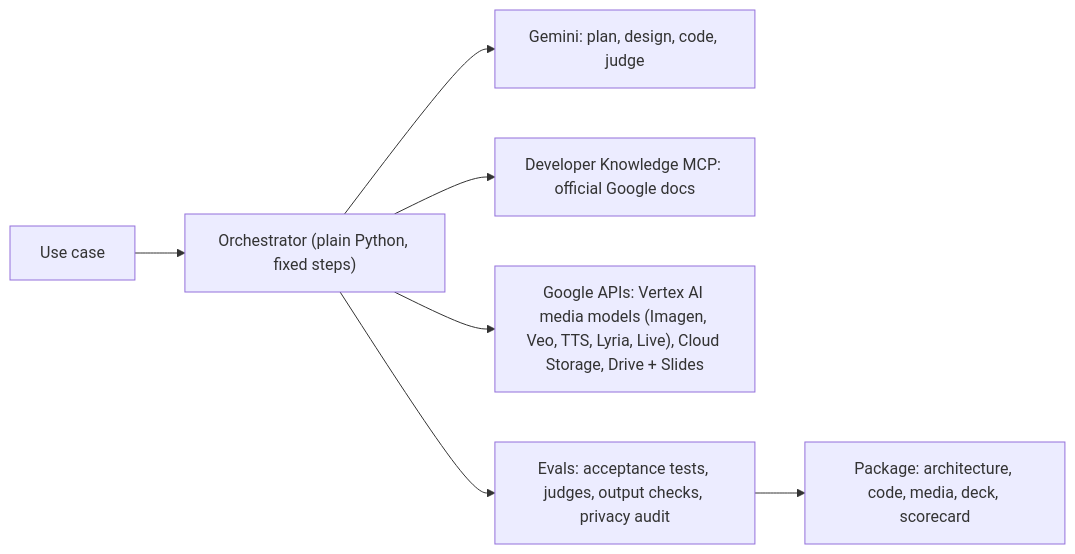
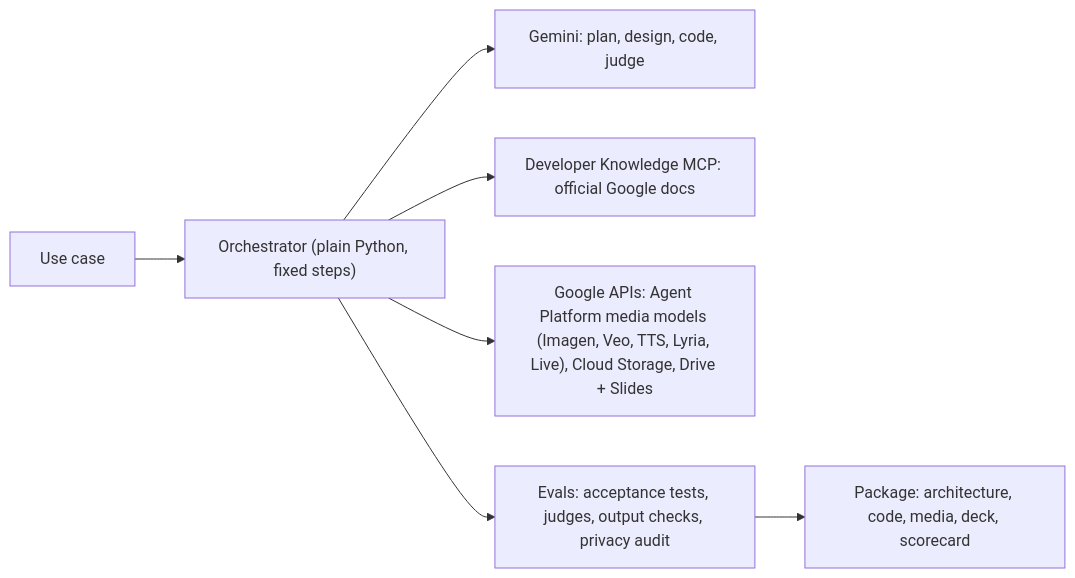
The first of 2 diagrams in README.md (LUJ20/eliminating-custom-demo-toil-with-google-mcp), drawn with Mermaid before and after one commit. The commit also changed other lines of this file and 18 other files, not shown here.

First line of the commit message:
Naming: Vertex AI is Agent Platform (Gemini Enterprise Agent Platform) everywhere

````diff
--- a/README.md
+++ b/README.md
@@ -35,9 +37,9 @@
 ```mermaid
 flowchart LR
     U["Use case"] --> O["Orchestrator (plain Python, fixed steps)"]
     O --> B["Gemini: plan, design, code, judge"]
     O --> K["Developer Knowledge MCP: official Google docs"]
-    O --> T["Google APIs: Vertex AI media models (Imagen, Veo, TTS, Lyria, Live), Cloud Storage, Drive + Slides"]
+    O --> T["Google APIs: Agent Platform media models (Imagen, Veo, TTS, Lyria, Live), Cloud Storage, Drive + Slides"]
     O --> E["Evals: acceptance tests, judges, output checks, privacy audit"]
     E --> P["Package: architecture, code, media, deck, scorecard"]
 ```
````
